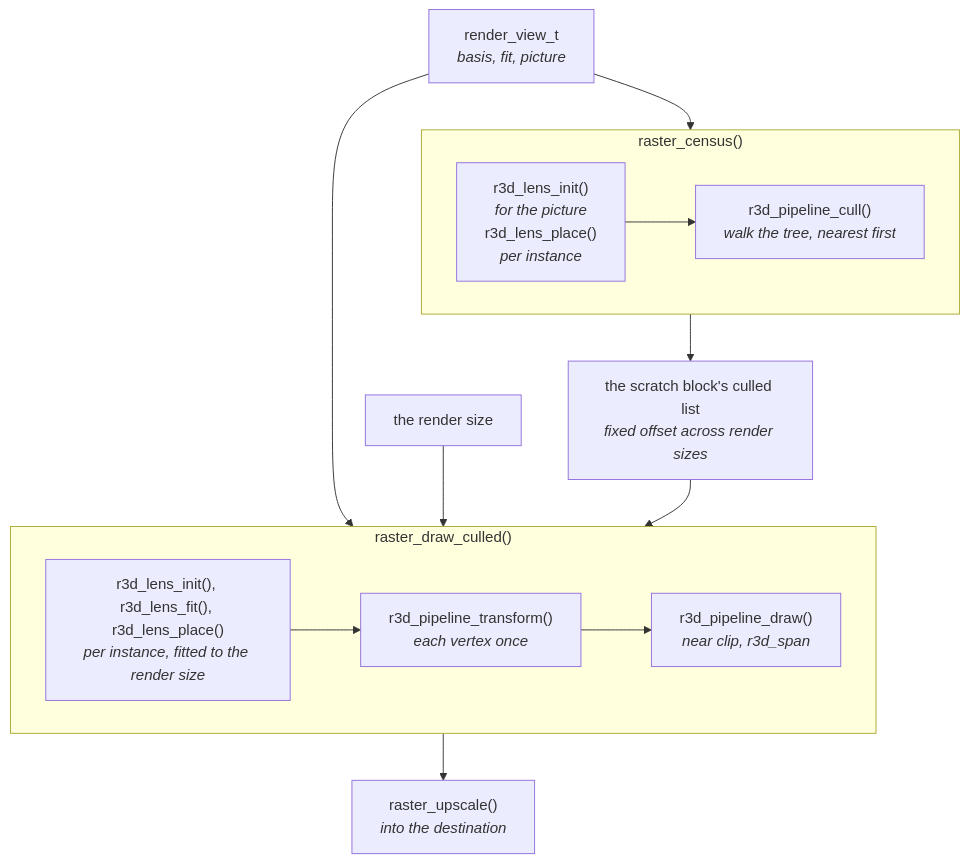
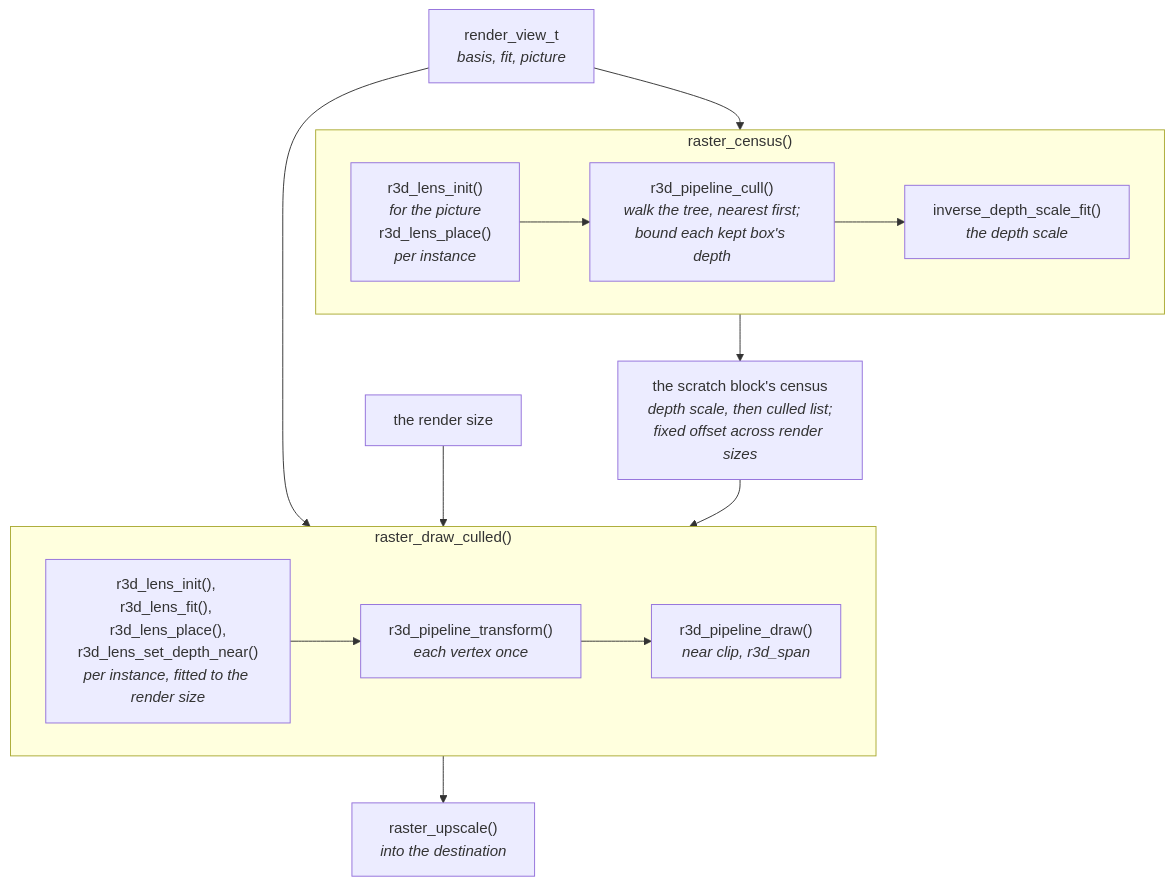
Before and after one commit to jose-villegas/autana: the first of 6 diagrams in docs/render/Mesh-Rendering.md, drawn with Mermaid. The commit also changed other lines of this file and 15 other files, not shown here.

First line of the commit message:
r3d: the depth bound folds into the cull walk; the spectator view states its own scale (tidih review)

````diff
--- a/docs/render/Mesh-Rendering.md
+++ b/docs/render/Mesh-Rendering.md
@@ -100,19 +100,20 @@
 ```mermaid
 flowchart TB
     View["render_view_t<br/><i>basis, fit, picture</i>"] --> Census
     subgraph Census["raster_census()"]
         direction LR
         Picture["r3d_lens_init()<br/><i>for the picture</i><br/>r3d_lens_place()<br/><i>per instance</i>"] --> Cull
-        Cull["r3d_pipeline_cull()<br/><i>walk the tree, nearest first</i>"]
+        Cull["r3d_pipeline_cull()<br/><i>walk the tree, nearest first;<br/>bound each kept box's depth</i>"] --> Scale
+        Scale["inverse_depth_scale_fit()<br/><i>the depth scale</i>"]
     end
-    Census --> List["the scratch block's culled list<br/><i>fixed offset across render sizes</i>"]
+    Census --> List["the scratch block's census<br/><i>depth scale, then culled list;<br/>fixed offset across render sizes</i>"]
     View --> Draw
     Size["the render size"] --> Draw
     List --> Draw
     subgraph Draw["raster_draw_culled()"]
         direction LR
-        Fit["r3d_lens_init(), r3d_lens_fit(), r3d_lens_place()<br/><i>per instance, fitted to the render size</i>"] --> Transform["r3d_pipeline_transform()<br/><i>each vertex once</i>"]
+        Fit["r3d_lens_init(), r3d_lens_fit(), r3d_lens_place(),<br/>r3d_lens_set_depth_near()<br/><i>per instance, fitted to the render size</i>"] --> Transform["r3d_pipeline_transform()<br/><i>each vertex once</i>"]
         Transform --> DrawStage["r3d_pipeline_draw()<br/><i>near clip, r3d_span</i>"]
     end
     Draw --> Upscale["raster_upscale()<br/><i>into the destination</i>"]
 ```
````
